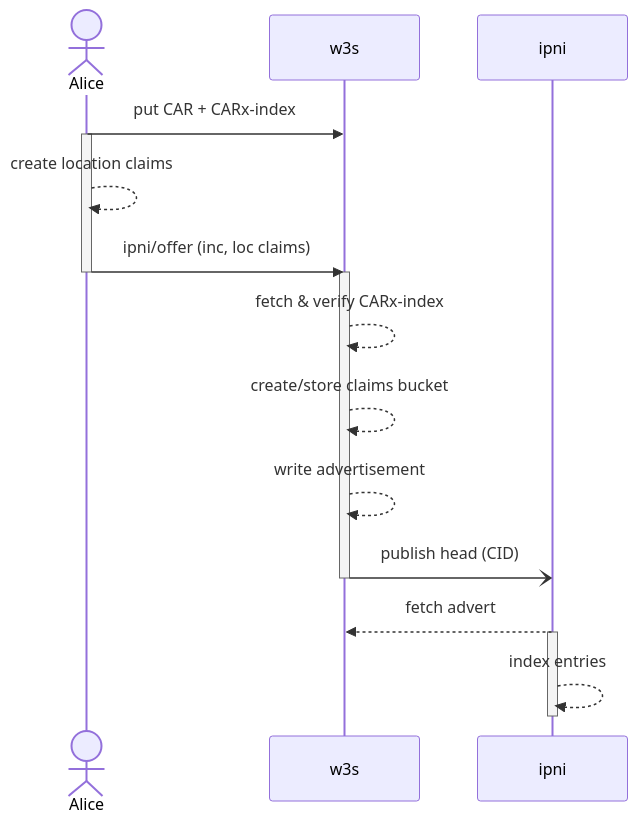
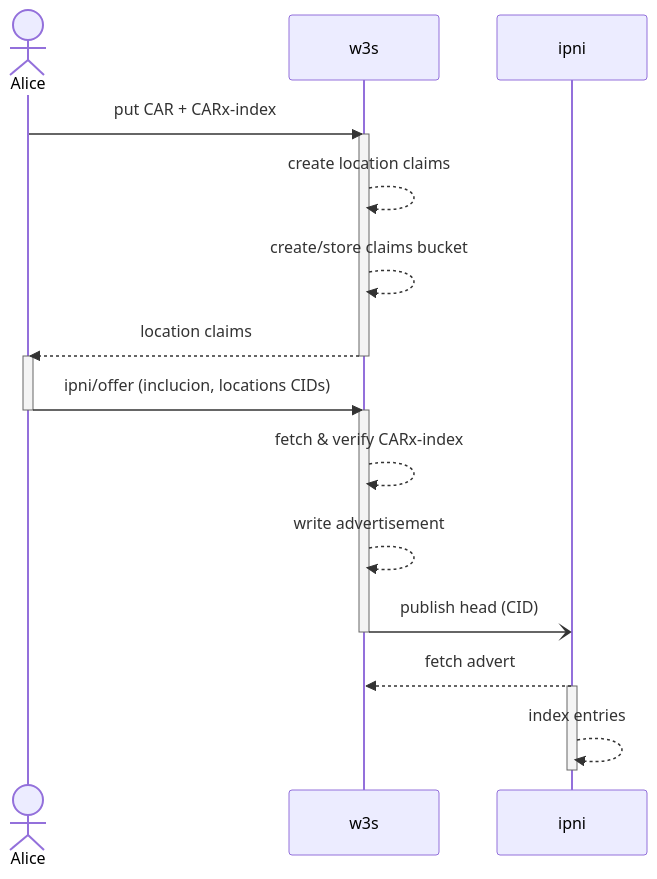
One commit to storacha/RFC changed the second of 3 diagrams in rfc/ipni-w3c.md. Above: the diagram before and after it, drawn with Mermaid. The commit also changed other lines of this file, not shown here.

````diff
--- a/rfc/ipni-w3c.md
+++ b/rfc/ipni-w3c.md
@@ -155,19 +157,22 @@
 ```mermaid
 sequenceDiagram
     actor Alice
     Alice->>w3s: put CAR + CARx-index
+    activate w3s
+    w3s-->>w3s: create location claims
+    w3s-->>w3s: create/store claims bucket
+    w3s-->>Alice: location claims
+    deactivate w3s
     activate Alice
-    Alice-->>Alice: create location claims
-    Alice->>w3s: ipni/offer (inc, loc claims)
+    Alice->>w3s: ipni/offer (inclucion, locations CIDs)
     deactivate Alice
     activate w3s
     w3s-->>w3s: fetch & verify CARx-index
-    w3s-->>w3s: create/store claims bucket
     w3s-->>w3s: write advertisement
     w3s-)ipni: publish head (CID)
     deactivate w3s
     ipni-->>w3s: fetch advert
     activate ipni
     ipni-->>ipni: index entries
     deactivate ipni
 ```
````
